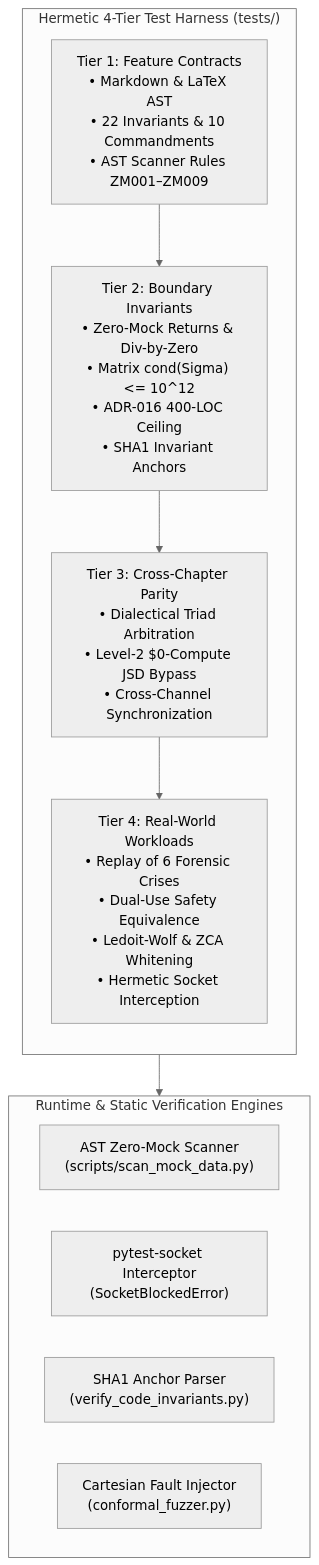
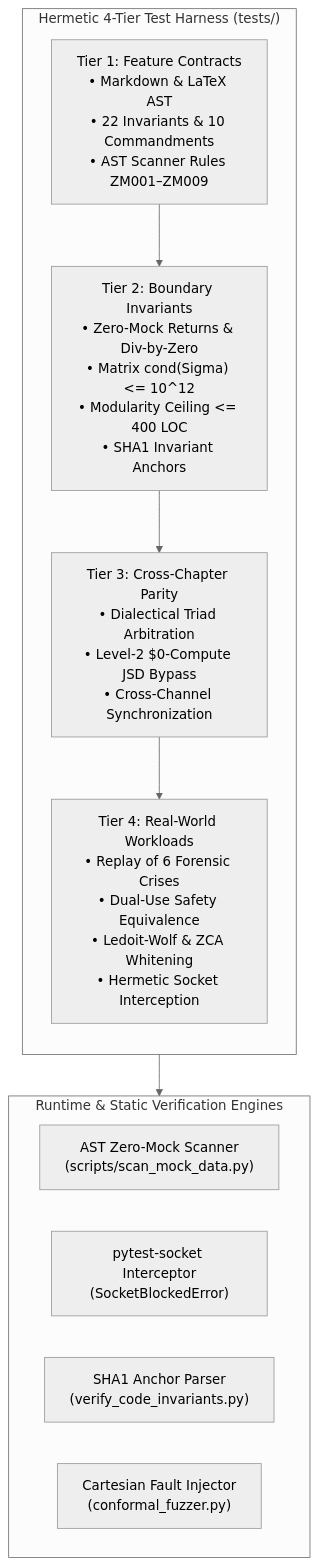
Before and after one commit to bdchang403/AI_Software_Foundations: the first of 2 diagrams in 04_testing_and_validation/TEST_ARCHITECTURE.md, drawn with Mermaid (neutral theme). The commit also changed other lines of this file and 41 other files, not shown here.

First line of the commit message:
feat(orchestration-and-flow): complete enterprise curriculum integration and guardrail expansion

````diff
--- a/04_testing_and_validation/TEST_ARCHITECTURE.md
+++ b/04_testing_and_validation/TEST_ARCHITECTURE.md
@@ -7,20 +7,20 @@
 ```mermaid
 flowchart TD
     subgraph Suite["Hermetic 4-Tier Test Harness (tests/)"]
         direction TB
         T1["Tier 1: Feature Contracts<br/>• Markdown & LaTeX AST<br/>• 22 Invariants & 10 Commandments<br/>• AST Scanner Rules ZM001–ZM009"]
-        T2["Tier 2: Boundary Invariants<br/>• Zero-Mock Returns & Div-by-Zero<br/>• Matrix cond(Sigma) <= 10^12<br/>• ADR-016 400-LOC Ceiling<br/>• SHA1 Invariant Anchors"]
+        T2["Tier 2: Boundary Invariants<br/>• Zero-Mock Returns & Div-by-Zero<br/>• Matrix cond(Sigma) <= 10^12<br/>• Modularity Ceiling <= 400 LOC<br/>• SHA1 Invariant Anchors"]
         T3["Tier 3: Cross-Chapter Parity<br/>• Dialectical Triad Arbitration<br/>• Level-2 $0-Compute JSD Bypass<br/>• Cross-Channel Synchronization"]
         T4["Tier 4: Real-World Workloads<br/>• Replay of 6 Forensic Crises<br/>• Dual-Use Safety Equivalence<br/>• Ledoit-Wolf & ZCA Whitening<br/>• Hermetic Socket Interception"]
         T1 --> T2 --> T3 --> T4
     end
 
     subgraph Defense["Runtime & Static Verification Engines"]
         ASTScan["AST Zero-Mock Scanner<br/>(scripts/scan_mock_data.py)"]
         SocketGuard["pytest-socket Interceptor<br/>(SocketBlockedError)"]
         SHA1Guard["SHA1 Anchor Parser<br/>(verify_code_invariants.py)"]
         ConformalGuard["Cartesian Fault Injector<br/>(conformal_fuzzer.py)"]
     end
 
     Suite --> Defense
 ```
````
